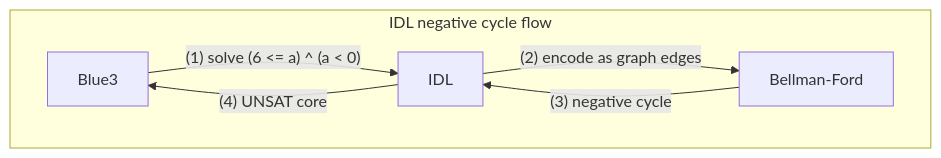
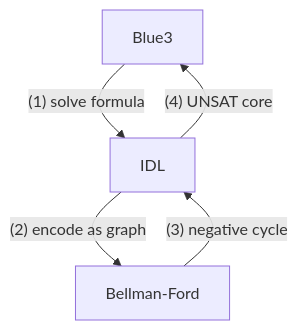
Before and after one commit to bathan1/caprice-lang: the ninth of 9 diagrams in docs/blue3_report/programming_blue3.md, drawn with Mermaid. The commit also changed other lines of this file and 9 other files, not shown here.

````diff
--- a/docs/blue3_report/programming_blue3.md
+++ b/docs/blue3_report/programming_blue3.md
@@ -701,13 +397,5 @@
 ```mermaid
 flowchart TD
-    subgraph IDL["IDL negative cycle flow"]
-        B["Blue3"]
-        I["IDL"]
-        BF["Bellman-Ford"]
-
-        B -->|"(1) solve (6 <= a) ^ (a < 0)"| I
-        I -->|"(2) encode as graph edges"| BF
-        BF -->|"(3) negative cycle"| I
-        I -->|"(4) UNSAT core"| B
-    end
+  B["Blue3"] -->|"(1) solve formula"| I["IDL"] -->|"(2) encode as graph"| BF["Bellman-Ford"]
+  BF -->|"(3) negative cycle"| I -->|"(4) UNSAT core"| B
 ```
````
